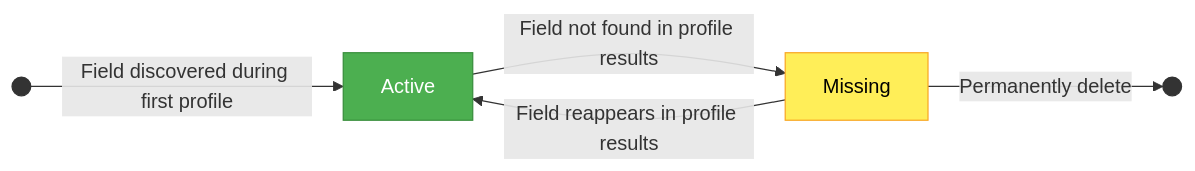
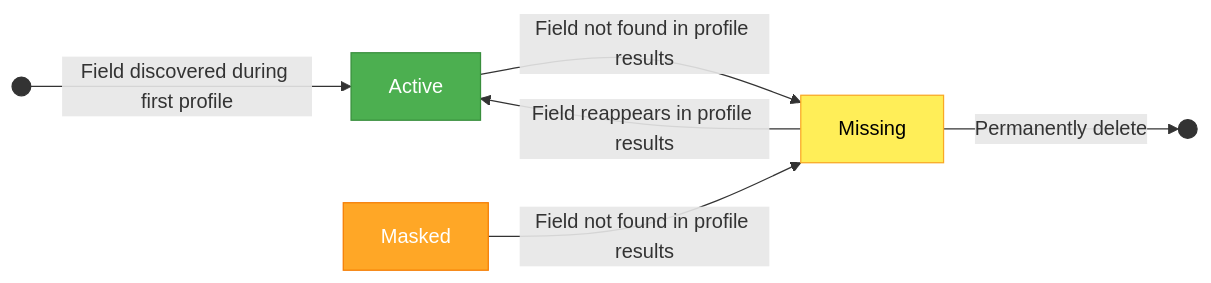
Before and after one commit to Qualytics/userguide: the second of 2 diagrams in docs/fields/field-status/concepts/field-status-lifecycle.md, drawn with Mermaid. The commit also changed other lines of this file and 2 other files, not shown here.

Commit message:
docs: align Field Status docs with backend and frontend (QUA-1518)
Add missing Masked → Missing transition to lifecycle diagram and
table. Fix status indicator icons to match frontend (mdi-check-circle,
mdi-alert-circle, mdi-eye-off). Update FAQ with bulk UI support and
add entry about blocked status transitions.

````diff
--- a/docs/fields/field-status/concepts/field-status-lifecycle.md
+++ b/docs/fields/field-status/concepts/field-status-lifecycle.md
@@ -27,14 +27,16 @@
 ```mermaid
 flowchart LR
     Start(( )) -- Field discovered during first profile --> Active
 
     Active -- Field not found in profile results --> Missing
+    Masked -- Field not found in profile results --> Missing
     Missing -- Field reappears in profile results --> Active
 
     Missing -- Permanently delete --> End(( ))
 
     style Active fill:#4CAF50,color:#fff,stroke:#388E3C
+    style Masked fill:#FFA726,color:#fff,stroke:#F57C00
     style Missing fill:#FFEE58,color:#000,stroke:#F9A825
     style Start fill:#333,stroke:#333
     style End fill:#333,stroke:#333
 ```
````
